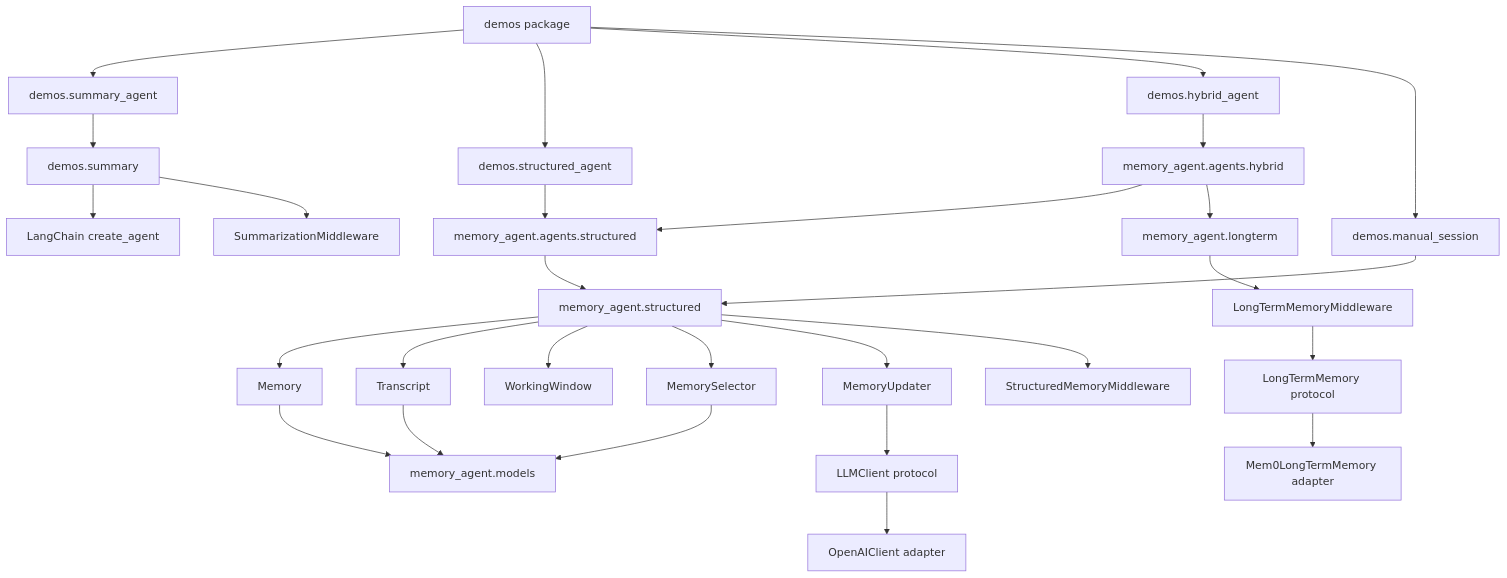
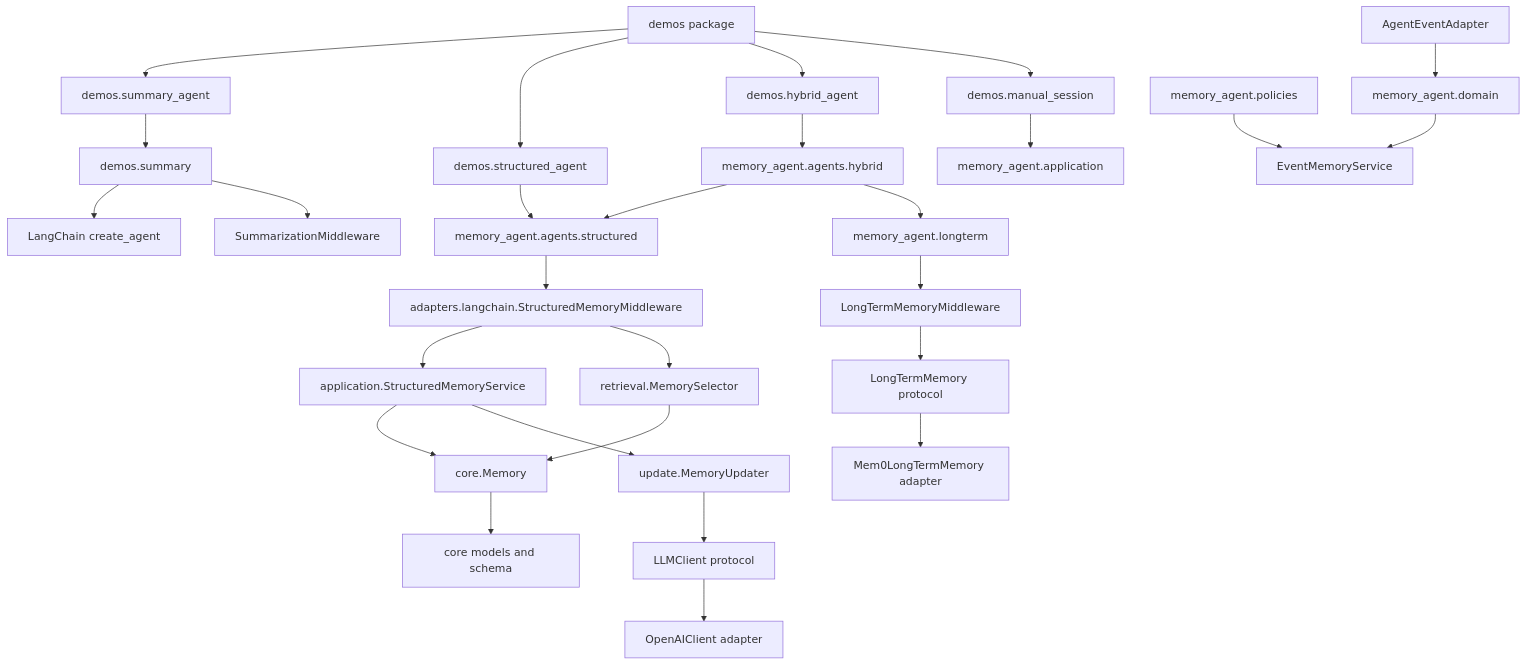
The second of 11 diagrams in ARCHITECTURE.md (sandy1990418/MemoryAgent), drawn with Mermaid before and after one commit. The commit also changed other lines of this file and 128 other files, not shown here.

````diff
--- a/ARCHITECTURE.md
+++ b/ARCHITECTURE.md
@@ -82,37 +113,38 @@
 ```mermaid
 flowchart TD
     Entry[demos package] --> SummaryScript[demos.summary_agent]
     Entry --> StructuredScript[demos.structured_agent]
     Entry --> HybridScript[demos.hybrid_agent]
     Entry --> PlainScript[demos.manual_session]
 
     SummaryScript --> SummaryPkg[demos.summary]
     StructuredScript --> StructuredAgent[memory_agent.agents.structured]
     HybridScript --> HybridAgent[memory_agent.agents.hybrid]
-    PlainScript --> StructuredPkg[memory_agent.structured]
+    PlainScript --> Application[memory_agent.application]
 
     SummaryPkg --> LC1[LangChain create_agent]
     SummaryPkg --> LCSum[SummarizationMiddleware]
 
-    StructuredAgent --> StructuredPkg
-    StructuredPkg --> Store[Memory]
-    StructuredPkg --> Transcript[Transcript]
-    StructuredPkg --> Window[WorkingWindow]
-    StructuredPkg --> Selector[MemorySelector]
-    StructuredPkg --> Updater[MemoryUpdater]
-    StructuredPkg --> StructuredMW[StructuredMemoryMiddleware]
+    StructuredAgent --> StructuredMW[adapters.langchain.StructuredMemoryMiddleware]
+    StructuredMW --> Service[application.StructuredMemoryService]
+    Service --> Store[core.Memory]
+    Service --> Updater[update.MemoryUpdater]
+    StructuredMW --> Selector[retrieval.MemorySelector]
 
     HybridAgent --> StructuredAgent
     HybridAgent --> LongTermPkg[memory_agent.longterm]
     LongTermPkg --> LongTermMW[LongTermMemoryMiddleware]
 
     Updater --> LLMProtocol[LLMClient protocol]
     LLMProtocol --> OpenAI[OpenAIClient adapter]
 
     LongTermMW --> LongTermProtocol[LongTermMemory protocol]
     LongTermProtocol --> Mem0[Mem0LongTermMemory adapter]
 
-    Store --> Models[memory_agent.models]
-    Transcript --> Models
-    Selector --> Models
+    Store --> CoreModels[core models and schema]
+    Selector --> Store
+
+    AgentEvents[AgentEventAdapter] --> EventDomain[memory_agent.domain]
+    EventDomain --> EventService[EventMemoryService]
+    EventPolicies[memory_agent.policies] --> EventService
 ```
````
